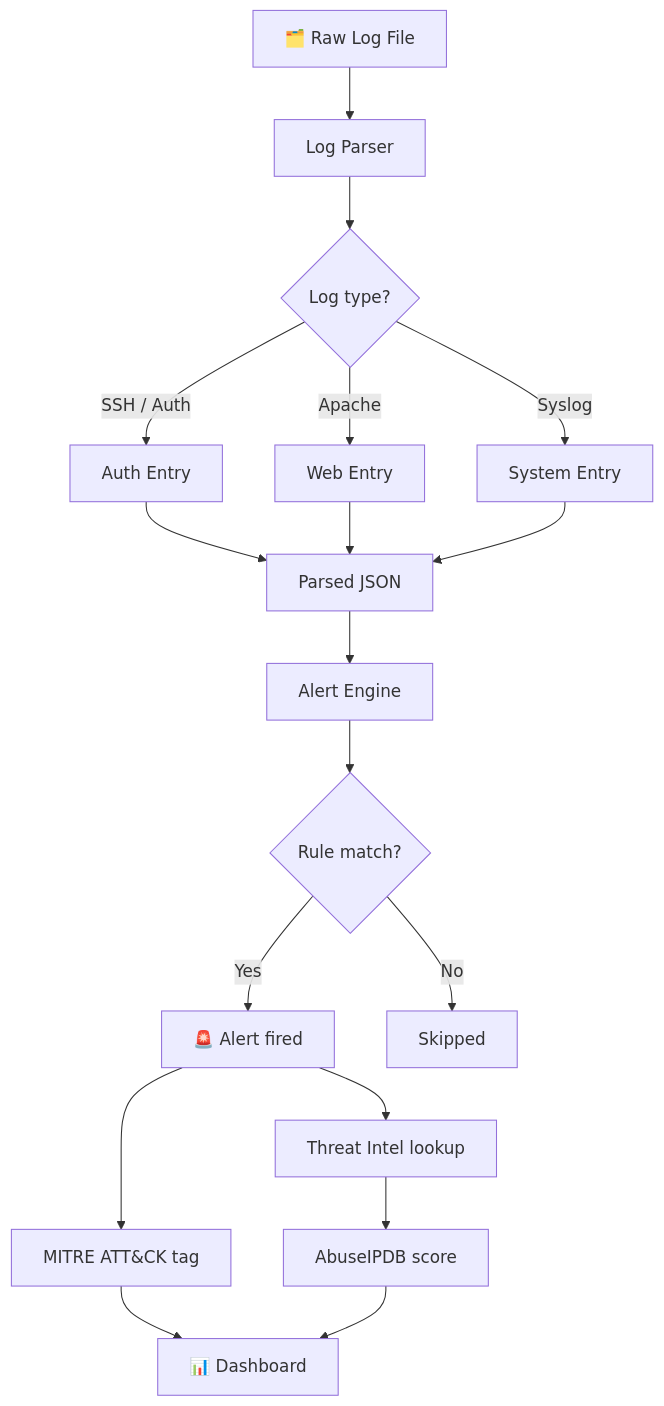
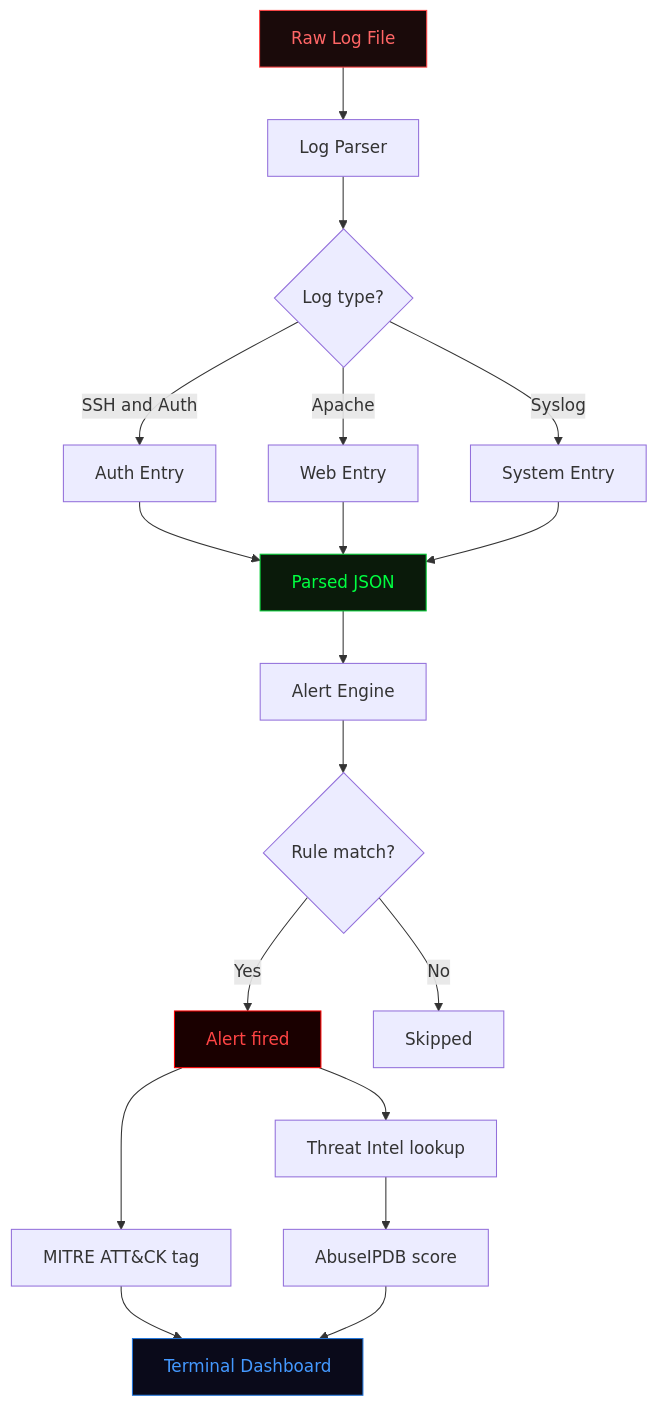
The first of 4 diagrams in README.md (Speed-boo3/soc-project), drawn with Mermaid before and after one commit. The commit also changed other lines of this file, not shown here.

Commit message:
Rewrite README: animated header, colored diagrams, no AI symbols

````diff
--- a/README.md
+++ b/README.md
@@ -17,17 +27,22 @@
 ```mermaid
 flowchart TD
-    A[🗂️ Raw Log File] --> B[Log Parser]
+    A[Raw Log File] --> B[Log Parser]
     B --> C{Log type?}
-    C -->|SSH / Auth| D[Auth Entry]
+    C -->|SSH and Auth| D[Auth Entry]
     C -->|Apache| E[Web Entry]
     C -->|Syslog| F[System Entry]
     D & E & F --> G[Parsed JSON]
     G --> H[Alert Engine]
     H --> I{Rule match?}
-    I -->|Yes| J[🚨 Alert fired]
+    I -->|Yes| J[Alert fired]
     I -->|No| K[Skipped]
     J --> L[MITRE ATT&CK tag]
     J --> M[Threat Intel lookup]
     M --> N[AbuseIPDB score]
-    L & N --> O[📊 Dashboard]
+    L & N --> O[Terminal Dashboard]
+
+    style A fill:#1a0a0a,color:#ff6666,stroke:#ff4444
+    style J fill:#1a0000,color:#ff4444,stroke:#ff0000
+    style G fill:#0a1a0a,color:#00ff41,stroke:#00cc33
+    style O fill:#0a0a1a,color:#4499ff,stroke:#2277dd
 ```
````
